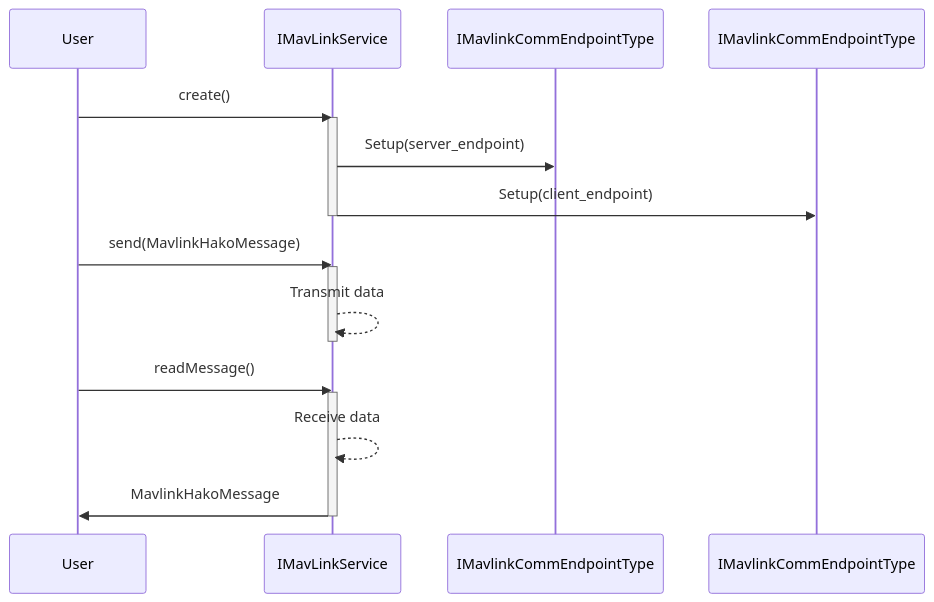
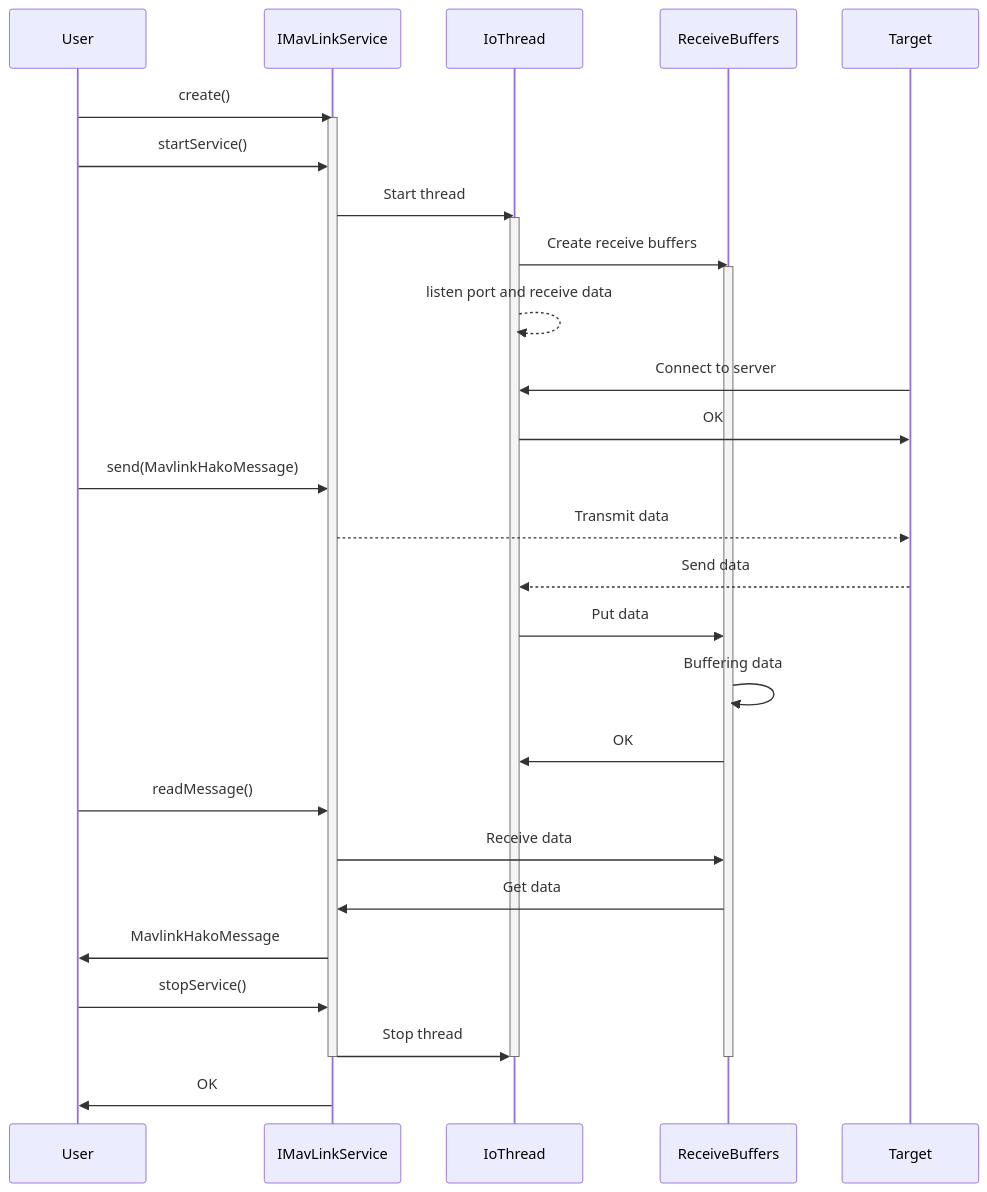
Before and after one commit to toppers/hakoniwa-drone-core: the second of 2 diagrams in docs/api/mavlink/api_mavlink.md, drawn with Mermaid. The commit also changed other lines of this file, not shown here.

Commit message:
bug fixed

````diff
--- a/docs/api/mavlink/api_mavlink.md
+++ b/docs/api/mavlink/api_mavlink.md
@@ -92,27 +93,42 @@
 ```mermaid
 sequenceDiagram
     participant User as User
     participant Service as IMavLinkService
-    participant ServerEndpoint as IMavlinkCommEndpointType
-    participant ClientEndpoint as IMavlinkCommEndpointType
+    participant IoThread
+    participant ReceiveBuffers
+    participant Target
 
     User ->> Service: create()
     activate Service
-    Service ->> ServerEndpoint: Setup(server_endpoint)
-    activate ServerEndpoint
-    Service ->> ClientEndpoint: Setup(client_endpoint)
-    activate ClientEndpoint
-    deactivate Service
 
+    User ->> Service: startService()
+    Service ->> IoThread: Start thread
+    activate IoThread
+    IoThread ->> ReceiveBuffers: Create receive buffers
+    activate ReceiveBuffers
+    IoThread -->> IoThread: listen port and receive data
+
+    Target ->> IoThread: Connect to server
+    IoThread ->> Target: OK
+    
 
     User ->> Service: send(MavlinkHakoMessage)
-    activate Service
-    Service -->> Service: Transmit data
-    deactivate Service
+    Service -->> Target: Transmit data
+
+    Target -->> IoThread: Send data
+    IoThread ->> ReceiveBuffers: Put data
+    ReceiveBuffers ->> ReceiveBuffers: Buffering data
+    ReceiveBuffers ->> IoThread: OK
 
     User ->> Service: readMessage()
-    activate Service
-    Service -->> Service: Receive data
+    Service ->> ReceiveBuffers: Receive data
+    ReceiveBuffers ->> Service: Get data
     Service ->> User: MavlinkHakoMessage
+
+    User ->> Service: stopService()
+    Service ->> IoThread: Stop thread
+    deactivate IoThread
+    deactivate ReceiveBuffers
     deactivate Service
+    Service ->> User: OK
 ```
````
